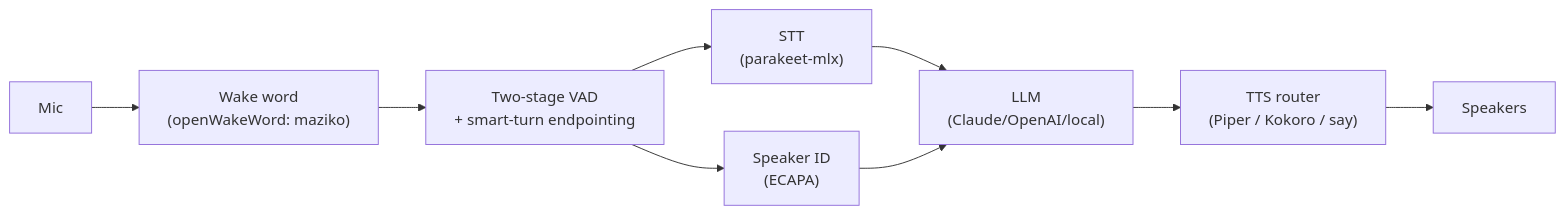
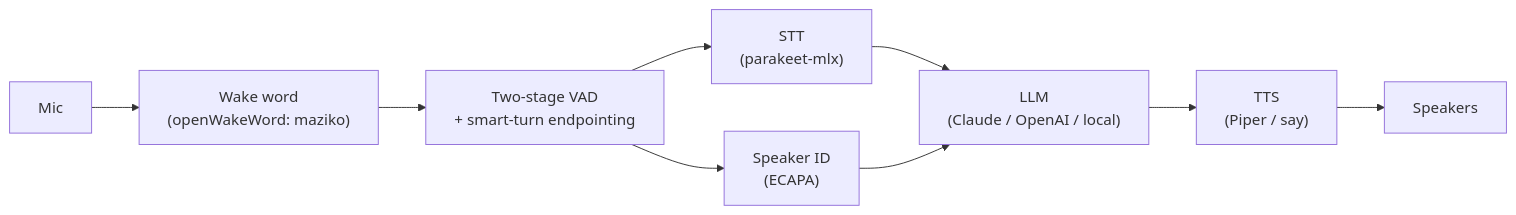
One commit to glensk/my-stt-tts changed the diagram in README.md. Above: the diagram before and after it, drawn with Mermaid. The commit also changed other lines of this file and 3 other files, not shown here.

````diff
--- a/README.md
+++ b/README.md
@@ -42,11 +309,11 @@
 ```mermaid
 flowchart LR
   Mic --> WW["Wake word<br/>(openWakeWord: maziko)"]
   WW --> VAD["Two-stage VAD<br/>+ smart-turn endpointing"]
   VAD --> STT["STT<br/>(parakeet-mlx)"]
   VAD --> SID["Speaker ID<br/>(ECAPA)"]
-  STT --> Brain["LLM<br/>(Claude/OpenAI/local)"]
+  STT --> Brain["LLM<br/>(Claude / OpenAI / local)"]
   SID --> Brain
-  Brain --> TTS["TTS router<br/>(Piper / Kokoro / say)"]
+  Brain --> TTS["TTS<br/>(Piper / say)"]
   TTS --> Spk["Speakers"]
 ```
````
